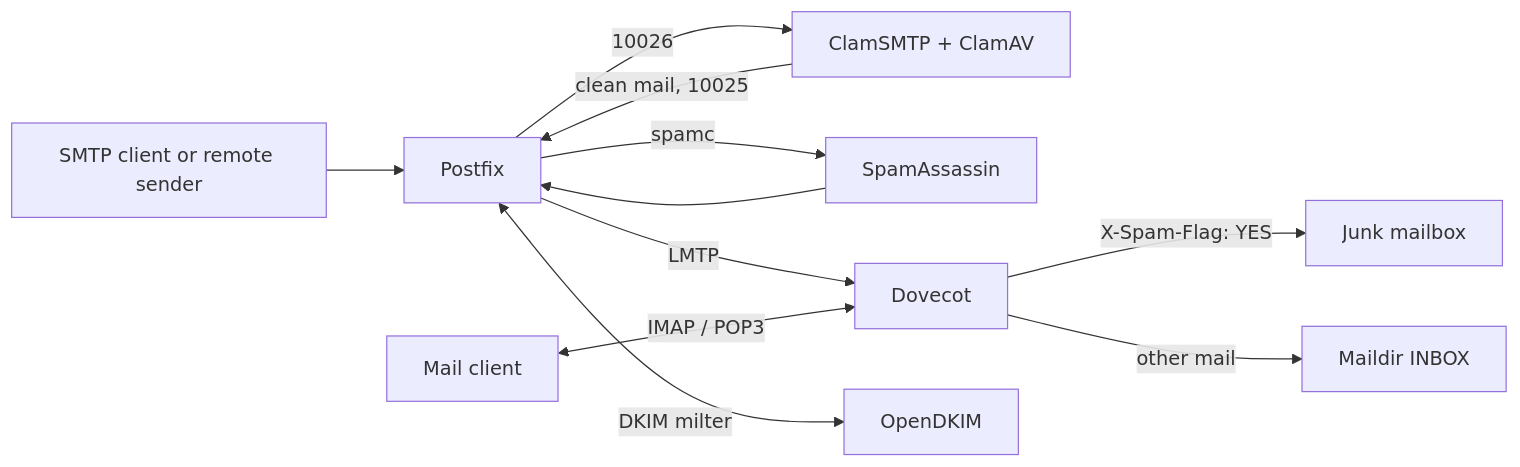
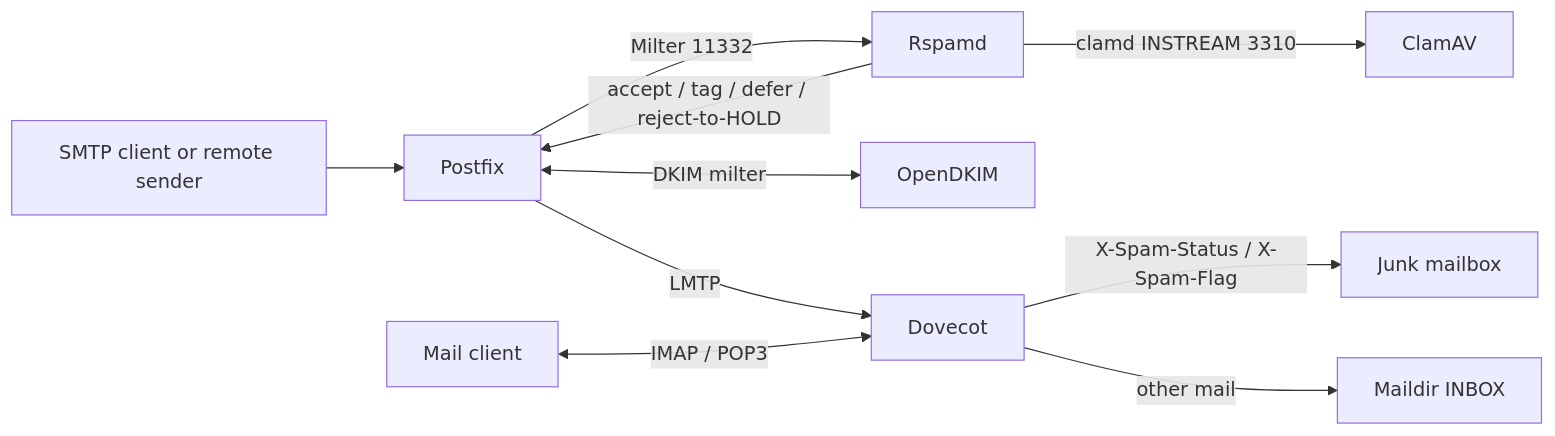
Before and after one commit to dev-gopi/mailserver: the diagram in README.md, drawn with Mermaid. The commit also changed other lines of this file and 43 other files, not shown here.

```diff
--- a/README.md
+++ b/README.md
@@ -27,13 +27,12 @@
 ~~~mermaid
 flowchart LR
   Sender[SMTP client or remote sender] --> P[Postfix]
-  P -->|10026| AV[ClamSMTP + ClamAV]
-  AV -->|clean mail, 10025| P
-  P -->|spamc| SA[SpamAssassin]
-  SA --> P
+  P -->|Milter 11332| R[Rspamd]
+  R -->|clamd INSTREAM 3310| AV[ClamAV]
+  R -->|accept / tag / defer / reject-to-HOLD| P
+  P <-->|DKIM milter| DKIM[OpenDKIM]
   P -->|LMTP| D[Dovecot]
-  D -->|X-Spam-Flag: YES| Junk[Junk mailbox]
+  D -->|X-Spam-Status / X-Spam-Flag| Junk[Junk mailbox]
   D -->|other mail| Inbox[Maildir INBOX]
-  P <-->|DKIM milter| DKIM[OpenDKIM]
   Client[Mail client] <-->|IMAP / POP3| D
 ~~~
```
